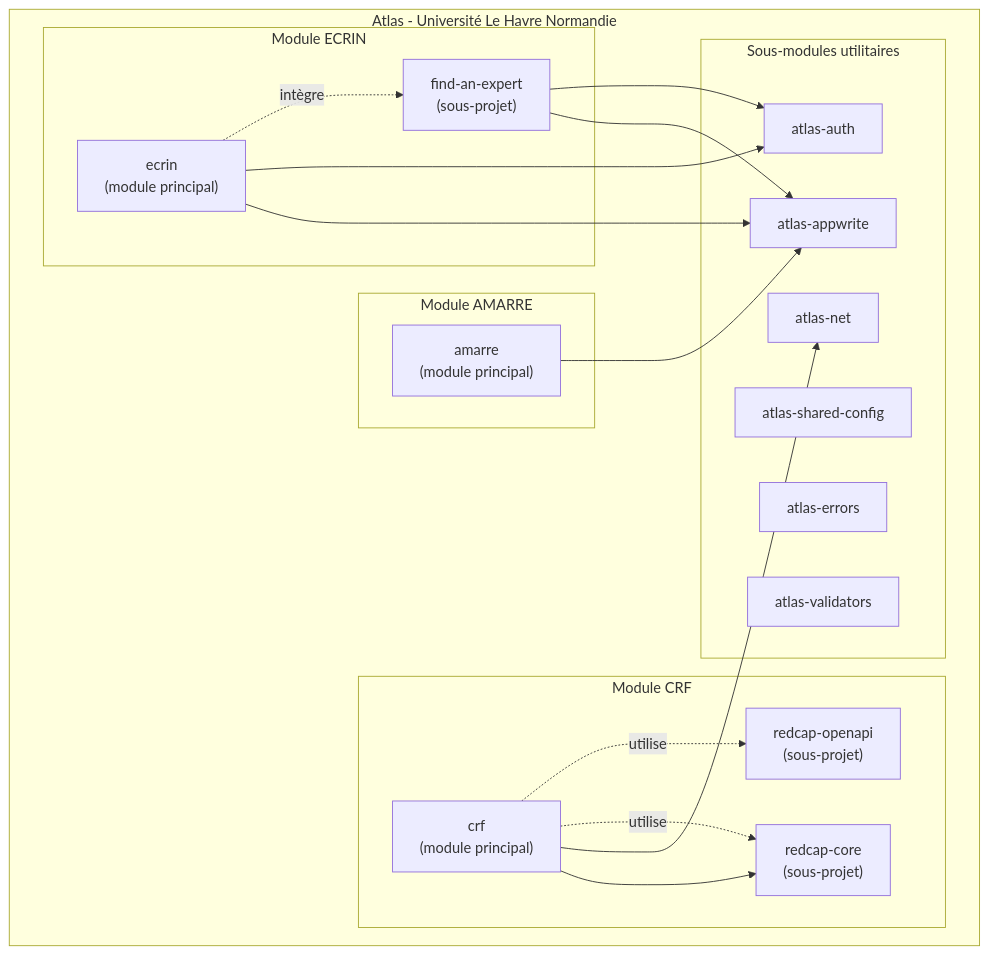
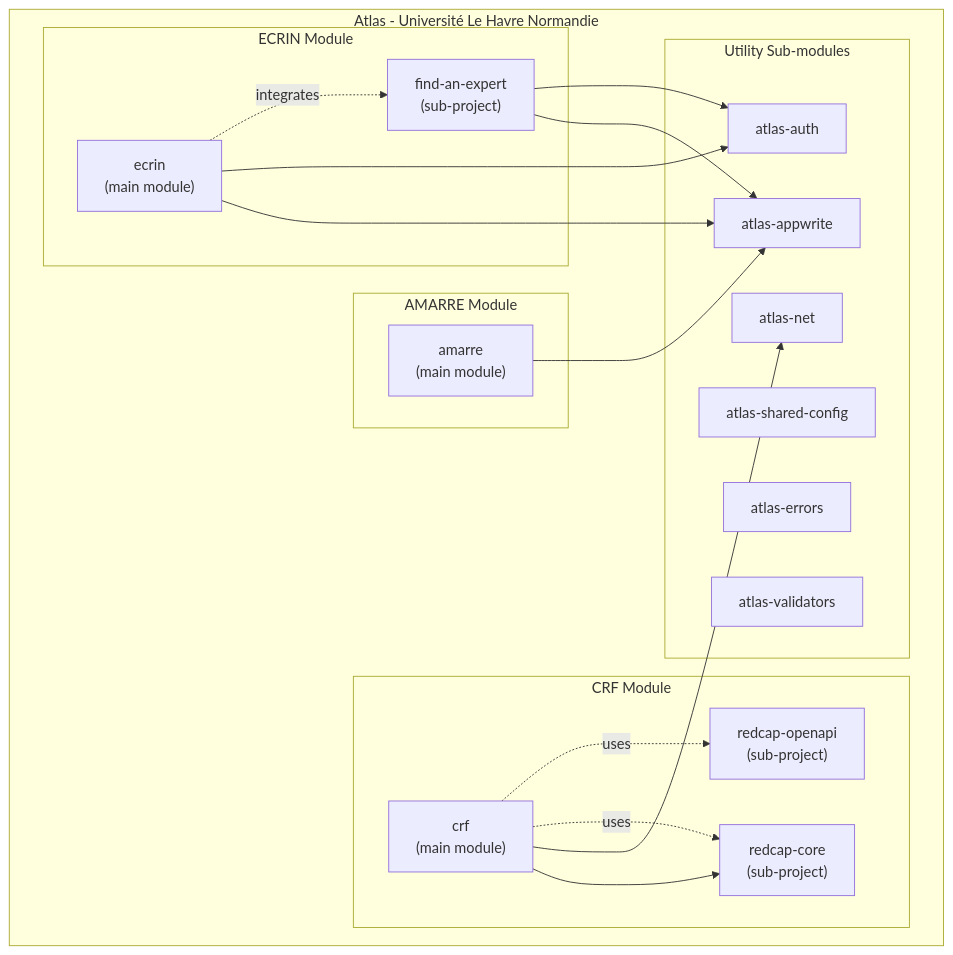
The diagram in README.md (univ-lehavre/atlas), drawn with Mermaid before and after one commit. The commit also changed other lines of this file and 2 other files, not shown here.

First line of the commit message:
docs: translate main documentation to English

````diff
--- a/README.md
+++ b/README.md
@@ -38,39 +38,39 @@
 ```mermaid
 graph TB
     subgraph "Atlas - Université Le Havre Normandie"
-        subgraph "Module ECRIN"
-            ECRIN_APP["ecrin<br/>(module principal)"]
-            FAE["find-an-expert<br/>(sous-projet)"]
+        subgraph "ECRIN Module"
+            ECRIN_APP["ecrin<br/>(main module)"]
+            FAE["find-an-expert<br/>(sub-project)"]
         end
 
-        subgraph "Module AMARRE"
-            AMARRE["amarre<br/>(module principal)"]
+        subgraph "AMARRE Module"
+            AMARRE["amarre<br/>(main module)"]
         end
 
-        subgraph "Module CRF"
-            CRF["crf<br/>(module principal)"]
-            CORE["redcap-core<br/>(sous-projet)"]
-            OPENAPI["redcap-openapi<br/>(sous-projet)"]
+        subgraph "CRF Module"
+            CRF["crf<br/>(main module)"]
+            CORE["redcap-core<br/>(sub-project)"]
+            OPENAPI["redcap-openapi<br/>(sub-project)"]
         end
 
-        subgraph "Sous-modules utilitaires"
+        subgraph "Utility Sub-modules"
             NET["atlas-net"]
             CONFIG["atlas-shared-config"]
             APPWRITE["atlas-appwrite"]
             AUTH["atlas-auth"]
             ERRORS["atlas-errors"]
             VALIDATORS["atlas-validators"]
         end
     end
 
     FAE --> APPWRITE
     FAE --> AUTH
     ECRIN_APP --> APPWRITE
     ECRIN_APP --> AUTH
     AMARRE --> APPWRITE
     CRF --> CORE
     CRF --> NET
-    ECRIN_APP -.->|"intègre"| FAE
-    CRF -.->|"utilise"| CORE
-    CRF -.->|"utilise"| OPENAPI
+    ECRIN_APP -.->|"integrates"| FAE
+    CRF -.->|"uses"| CORE
+    CRF -.->|"uses"| OPENAPI
 ```
````
